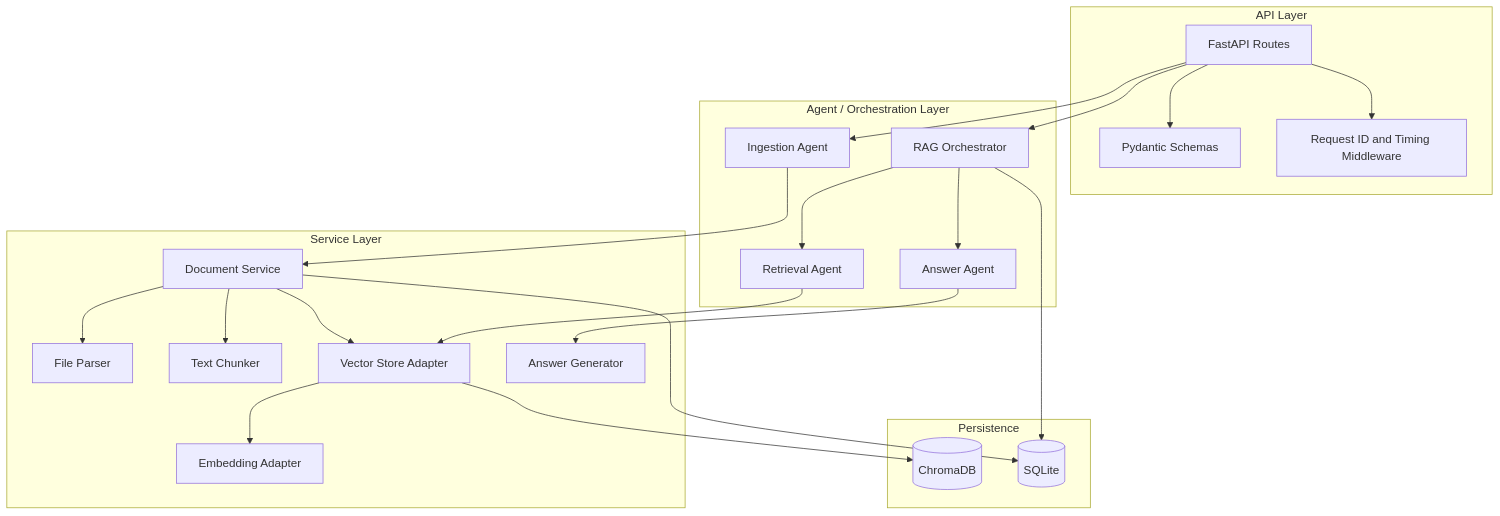
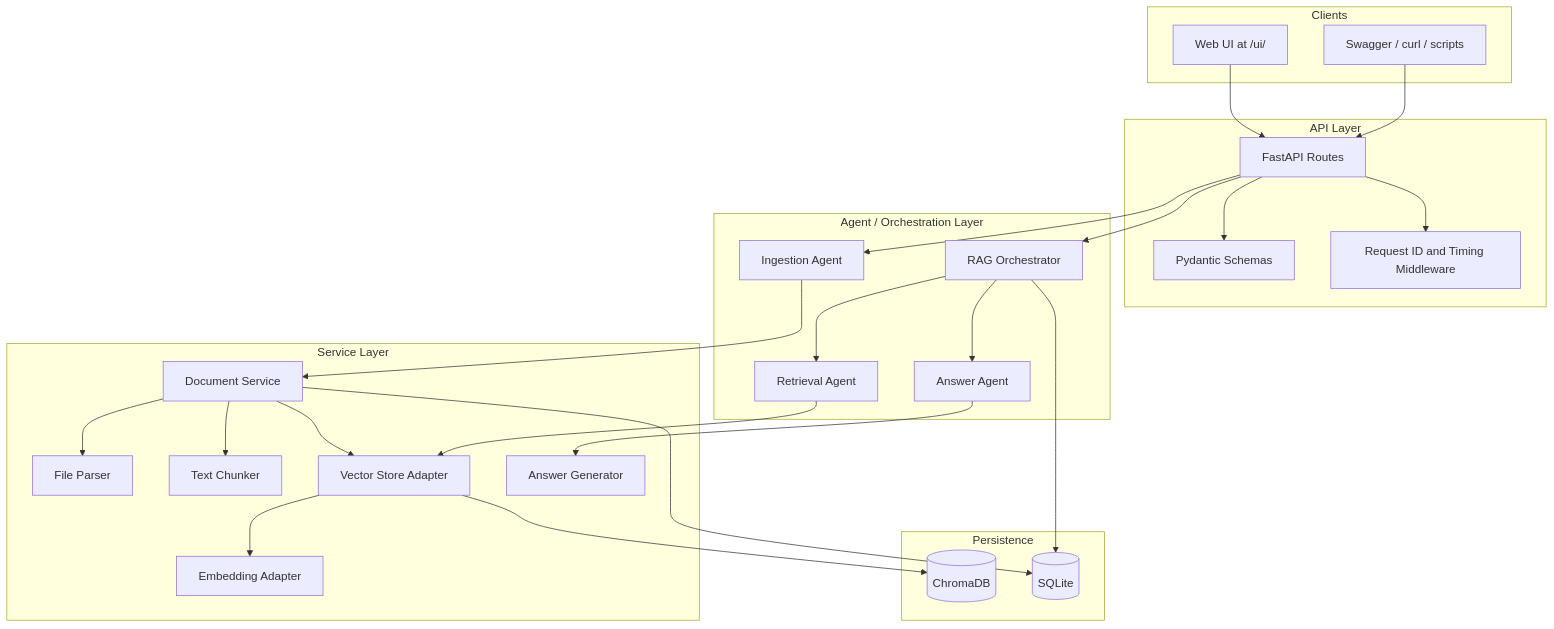
Before and after one commit to heyush79/rag-document-qa: the first of 4 diagrams in docs/ARCHITECTURE.md, drawn with Mermaid. The commit also changed other lines of this file and 10 other files, not shown here.

````diff
--- a/docs/ARCHITECTURE.md
+++ b/docs/ARCHITECTURE.md
@@ -43,48 +43,56 @@
 ```mermaid
 flowchart TB
+    subgraph Clients
+        UI[Web UI at /ui/]
+        Curl[Swagger / curl / scripts]
+    end
+
     subgraph API_Layer[API Layer]
         FastAPI[FastAPI Routes]
         Schemas[Pydantic Schemas]
         Middleware[Request ID and Timing Middleware]
     end
+
+    UI --> FastAPI
+    Curl --> FastAPI
 
     subgraph Agent_Layer[Agent / Orchestration Layer]
         IngestionAgent[Ingestion Agent]
         RetrievalAgent[Retrieval Agent]
         AnswerAgent[Answer Agent]
         RAGOrchestrator[RAG Orchestrator]
     end
 
     subgraph Service_Layer[Service Layer]
         FileParser[File Parser]
         Chunker[Text Chunker]
         Embedder[Embedding Adapter]
         VectorStore[Vector Store Adapter]
         AnswerGenerator[Answer Generator]
         DocumentService[Document Service]
     end
 
     subgraph Persistence[Persistence]
         Chroma[(ChromaDB)]
         SQLite[(SQLite)]
     end
 
     FastAPI --> Schemas
     FastAPI --> Middleware
     FastAPI --> IngestionAgent
     FastAPI --> RAGOrchestrator
 
     IngestionAgent --> DocumentService
     DocumentService --> FileParser
     DocumentService --> Chunker
     DocumentService --> VectorStore
     VectorStore --> Embedder
     VectorStore --> Chroma
     DocumentService --> SQLite
 
     RAGOrchestrator --> RetrievalAgent
     RetrievalAgent --> VectorStore
     RAGOrchestrator --> AnswerAgent
     AnswerAgent --> AnswerGenerator
     RAGOrchestrator --> SQLite
 ```
````
